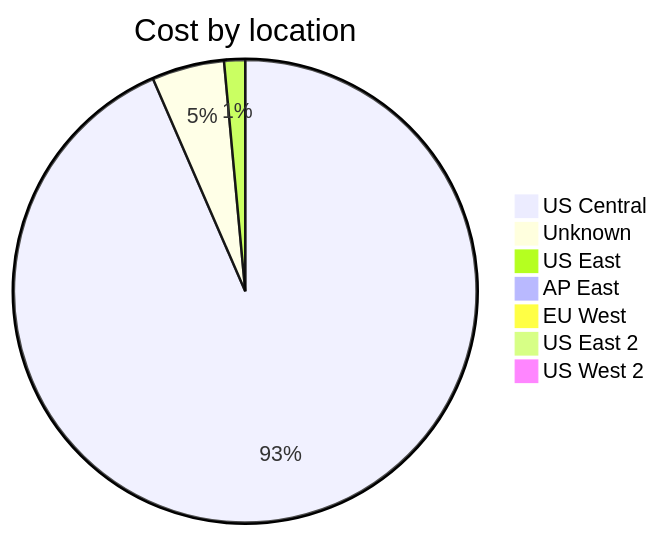
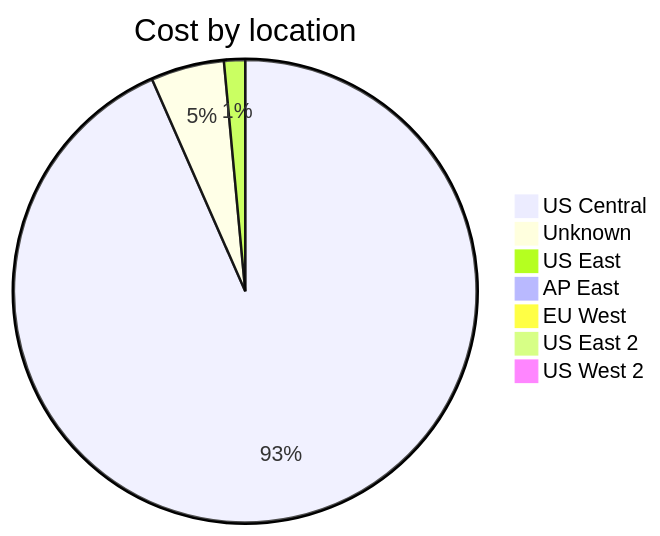
The third of 4 diagrams in cost-reports/accumulated-cost.md (jpfulton/azure-personal-reports), drawn with Mermaid before and after one commit. The commit also changed other lines of this file and 4 other files, not shown here.

````diff
--- a/cost-reports/accumulated-cost.md
+++ b/cost-reports/accumulated-cost.md
@@ -123,11 +123,11 @@
 ```mermaid
 pie
    title Cost by location
-   "US Central" : 11.47
-   "Unknown" : 0.62
-   "US East" : 0.18
+   "US Central" : 12.04
+   "Unknown" : 0.66
+   "US East" : 0.19
    "AP East" : 0.00
    "EU West" : 0.00
    "US East 2" : 0.00
    "US West 2" : 0.00
 ```
````
